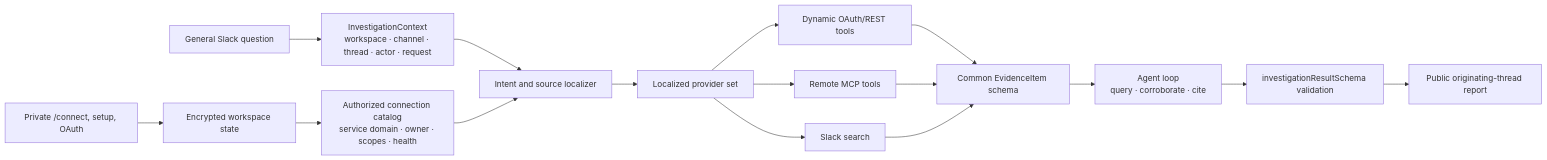
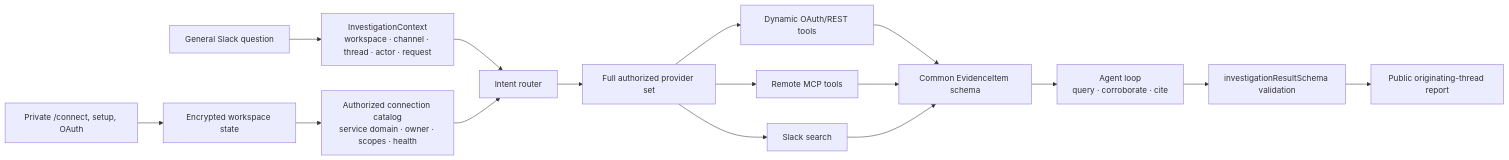
One commit to kjblue3/agentkj changed the diagram in ARCHITECTURE.md. Above: the diagram before and after it, drawn with Mermaid. The commit also changed other lines of this file and 36 other files, not shown here.

````diff
--- a/ARCHITECTURE.md
+++ b/ARCHITECTURE.md
@@ -3,18 +3,18 @@
 ```mermaid
 flowchart LR
   U["General Slack question"] --> C["InvestigationContext<br/>workspace · channel · thread · actor · request"]
-  C --> I["Intent and source localizer"]
+  C --> I["Intent router"]
   D["Authorized connection catalog<br/>service domain · owner · scopes · health"] --> I
-  I --> S["Localized provider set"]
+  I --> S["Full authorized provider set"]
   S --> T1["Dynamic OAuth/REST tools"]
   S --> T2["Remote MCP tools"]
   S --> T3["Slack search"]
   T1 --> N["Common EvidenceItem schema"]
   T2 --> N
   T3 --> N
   N --> A["Agent loop<br/>query · corroborate · cite"]
   A --> V["investigationResultSchema validation"]
   V --> R["Public originating-thread report"]
   P["Private /connect, setup, OAuth"] --> E["Encrypted workspace state"]
   E --> D
 ```
````
